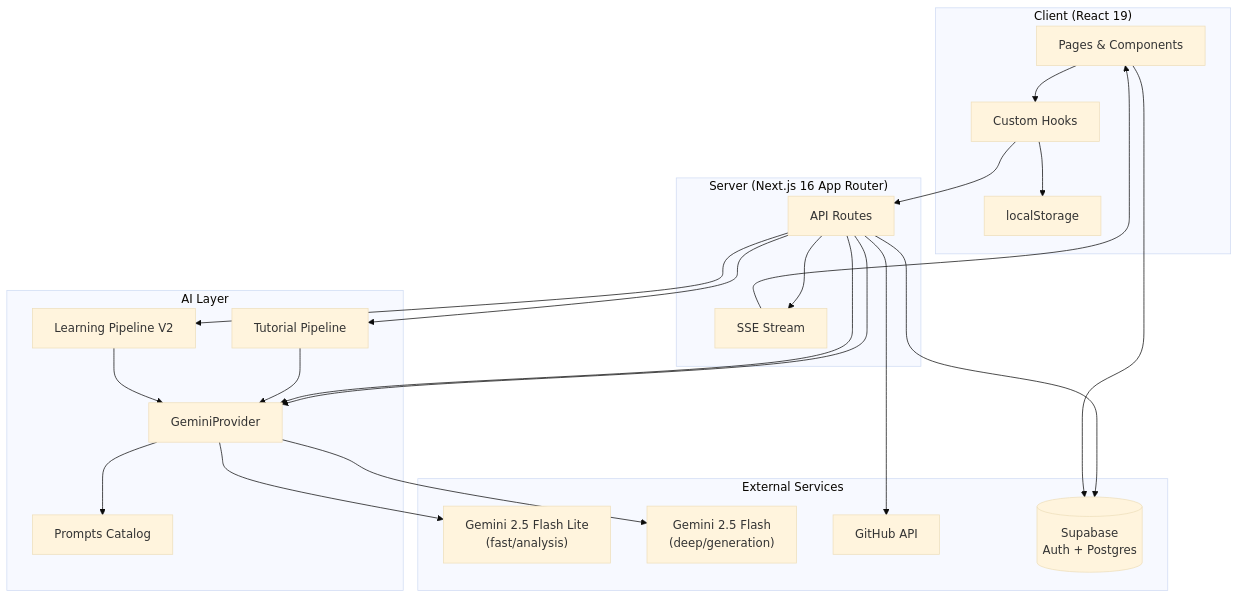
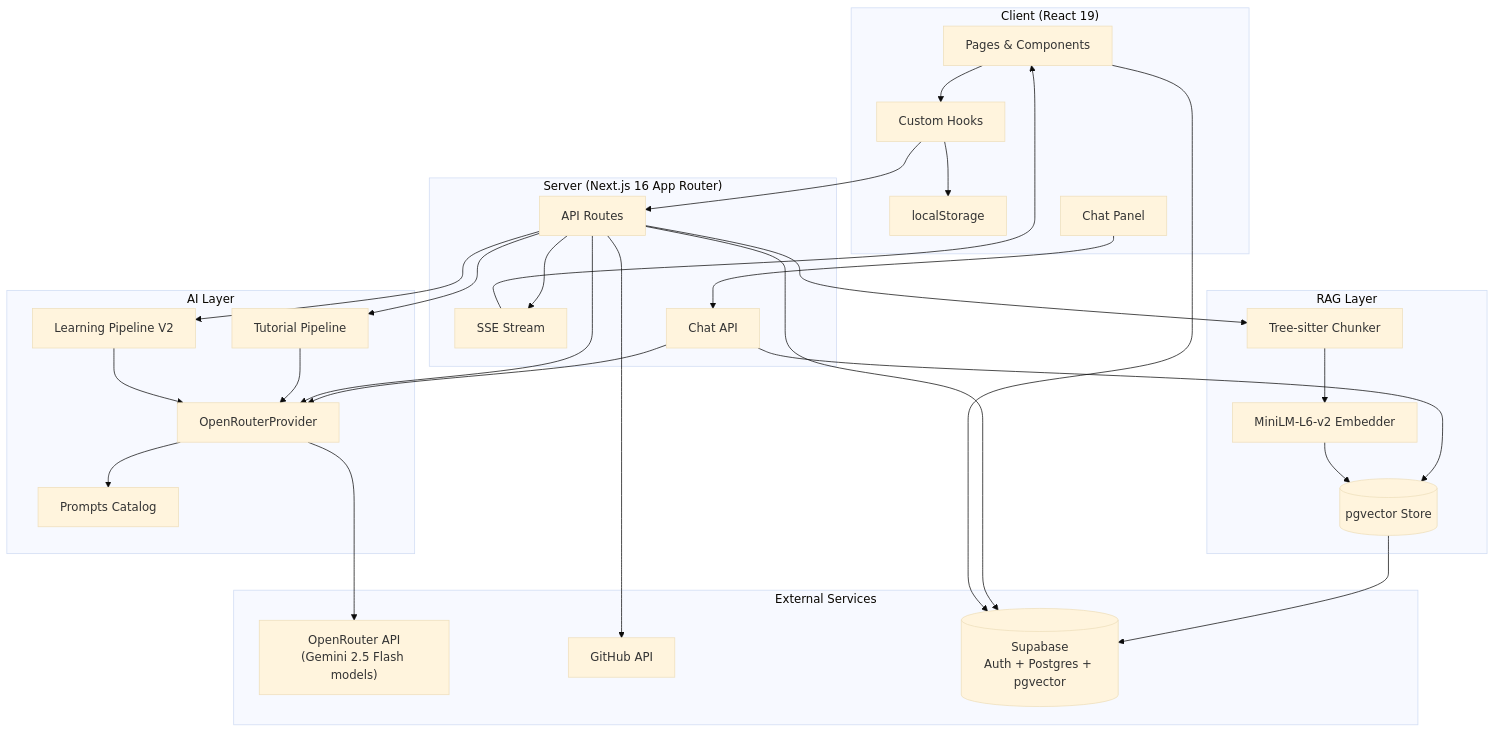
Before and after one commit to baduru11/CodeCocoon: the first of 2 diagrams in README.md, drawn with Mermaid (base theme). The commit also changed other lines of this file and 17 other files, not shown here.

````diff
--- a/README.md
+++ b/README.md
@@ -74,41 +80,51 @@
 ```mermaid
 graph TB
     subgraph Client["Client (React 19)"]
         UI[Pages & Components]
         Hooks[Custom Hooks]
         LS[localStorage]
+        Chat[Chat Panel]
     end
 
     subgraph Server["Server (Next.js 16 App Router)"]
         API[API Routes]
         SSE[SSE Stream]
+        ChatAPI[Chat API]
     end
 
     subgraph AI["AI Layer"]
-        GP[GeminiProvider]
+        OR[OpenRouterProvider]
         TP[Tutorial Pipeline]
         LP[Learning Pipeline V2]
         PR[Prompts Catalog]
     end
 
+    subgraph RAG["RAG Layer"]
+        Chunker[Tree-sitter Chunker]
+        Embedder[MiniLM-L6-v2 Embedder]
+        VecStore[(pgvector Store)]
+    end
+
     subgraph External["External Services"]
-        Gemini["Gemini 2.5 Flash Lite\n(fast/analysis)"]
-        GeminiDeep["Gemini 2.5 Flash\n(deep/generation)"]
+        OpenRouter["OpenRouter API\n(Gemini 2.5 Flash models)"]
         GitHub[GitHub API]
-        Supabase[(Supabase\nAuth + Postgres)]
+        Supabase[(Supabase\nAuth + Postgres + pgvector)]
     end
 
     UI --> Hooks --> API
     API --> SSE --> UI
-    API --> GP --> Gemini
-    API --> GP --> GeminiDeep
-    GP --> PR
+    Chat --> ChatAPI --> OR
+    ChatAPI --> VecStore
+    API --> OR --> OpenRouter
+    OR --> PR
     API --> TP
     API --> LP
-    TP --> GP
-    LP --> GP
+    TP --> OR
+    LP --> OR
+    API --> Chunker --> Embedder --> VecStore
+    VecStore --> Supabase
     API --> GitHub
     API --> Supabase
     Hooks --> LS
     UI --> Supabase
 ```
````
